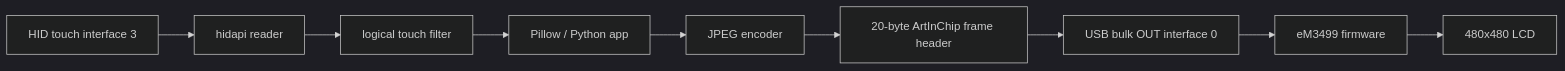
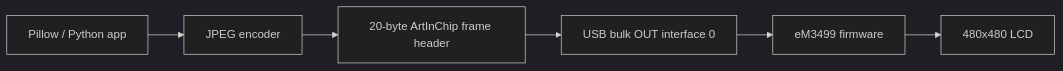
One commit to PolybiusPro/MSI-P13-Display changed the first of 2 diagrams in README.md. Above: the diagram before and after it, drawn with Mermaid (dark theme). The commit also changed other lines of this file and 19 other files, not shown here.

````diff
--- a/README.md
+++ b/README.md
@@ -111,12 +110,8 @@
 ```mermaid
 flowchart LR
     Host[Pillow / Python app] --> JPEG[JPEG encoder]
     JPEG --> Header[20-byte ArtInChip frame header]
     Header --> Bulk[USB bulk OUT interface 0]
     Bulk --> FW[eM3499 firmware]
     FW --> LCD[480x480 LCD]
-
-    Touch[HID touch interface 3] --> HID[hidapi reader]
-    HID --> Filter[logical touch filter]
-    Filter --> Host
 ```
````
